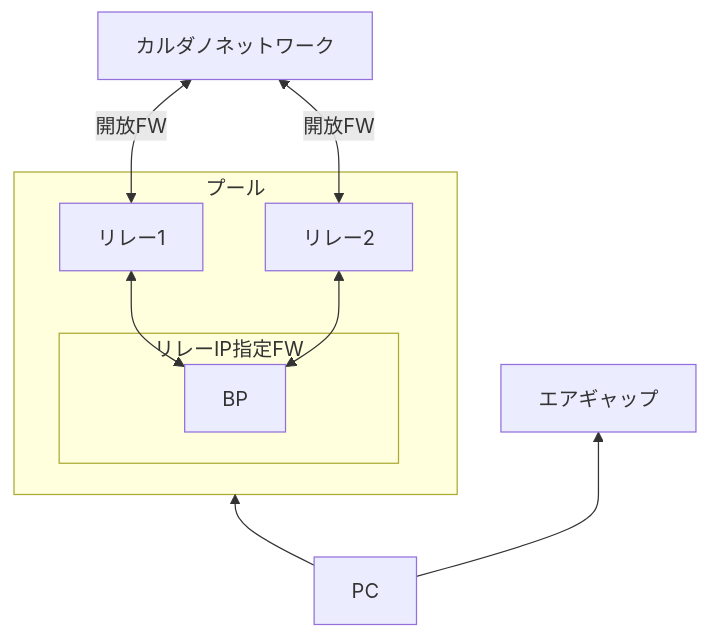
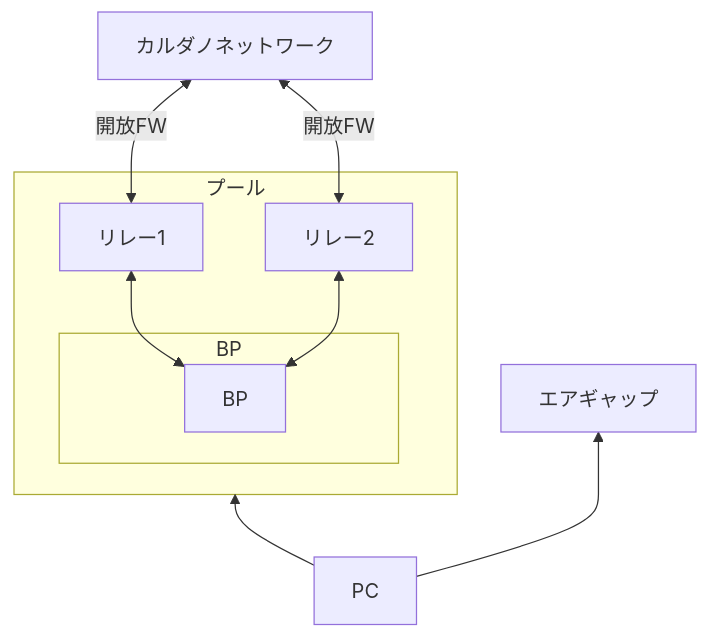
Before and after one commit to btbf/spojapanguild: the diagram in docs/index.md, drawn with Mermaid. The commit also changed other lines of this file and 1 other file, not shown here.

````diff
--- a/docs/index.md
+++ b/docs/index.md
@@ -99,12 +99,12 @@
 ``` mermaid
     flowchart BT
         a2[リレー1] & a3[リレー2] <-- 開放FW --> a4[カルダノネットワーク]
         subgraph ide1[プール]
-            subgraph リレーIP指定FW
+            subgraph BP
                 a1[BP]
             end
                 a1[BP] <--> a2[リレー1] & a3[リレー2]
         end
         c1[PC] --> ide1
         c1[PC] --> エアギャップ
 ```
````
